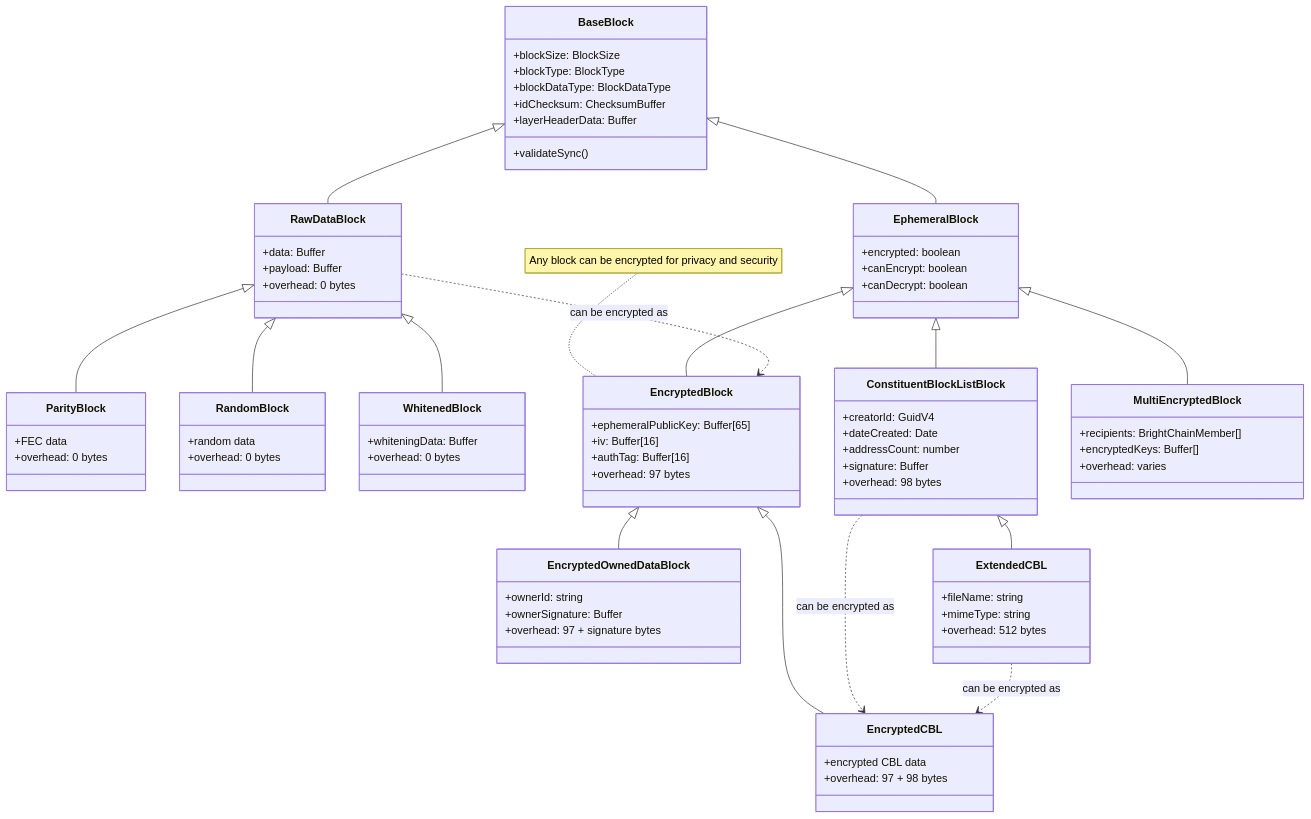
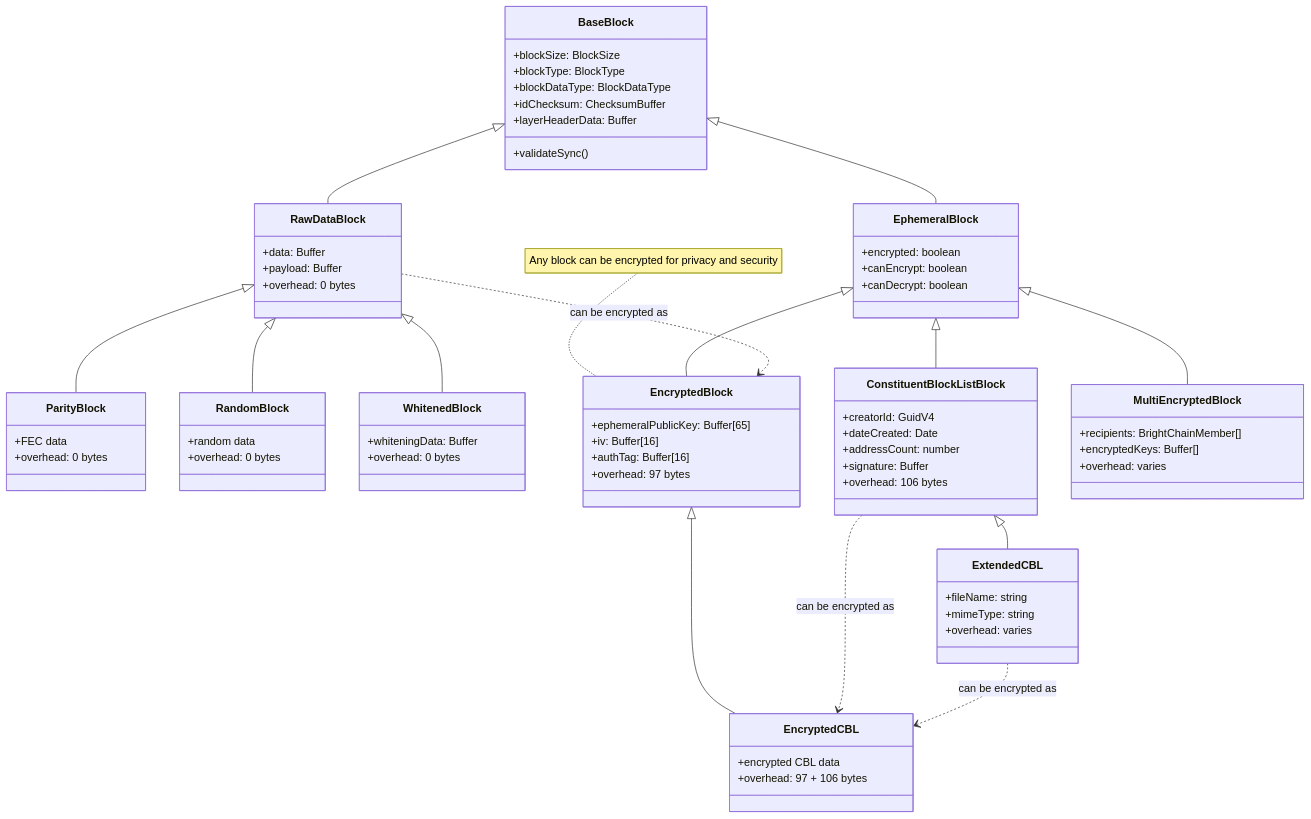
Before and after one commit to Digital-Defiance/BrightChain: the first of 2 diagrams in docs/blockHierarchy.md, drawn with Mermaid. The commit also changed 336 other files, not shown here.

```diff
--- a/docs/blockHierarchy.md
+++ b/docs/blockHierarchy.md
@@ -139,7 +139,6 @@
     EphemeralBlock <|-- ConstituentBlockListBlock
     EphemeralBlock <|-- MultiEncryptedBlock
     EncryptedBlock <|-- EncryptedCBL
-    EncryptedBlock <|-- EncryptedOwnedDataBlock
     ConstituentBlockListBlock <|-- ExtendedCBL
 
     %% Encryption Capabilities
@@ -180,13 +179,13 @@
         +dateCreated: Date
         +addressCount: number
         +signature: Buffer
-        +overhead: 98 bytes
+        +overhead: 106 bytes
     }
 
     class ExtendedCBL {
         +fileName: string
         +mimeType: string
-        +overhead: 512 bytes
+        +overhead: varies
     }
 
     class MultiEncryptedBlock {
@@ -212,13 +211,7 @@
 
     class EncryptedCBL {
         +encrypted CBL data
-        +overhead: 97 + 98 bytes
-    }
-
-    class EncryptedOwnedDataBlock {
-        +ownerId: string
-        +ownerSignature: Buffer
-        +overhead: 97 + signature bytes
+        +overhead: 97 + 106 bytes
     }
 
     %% Note
```
